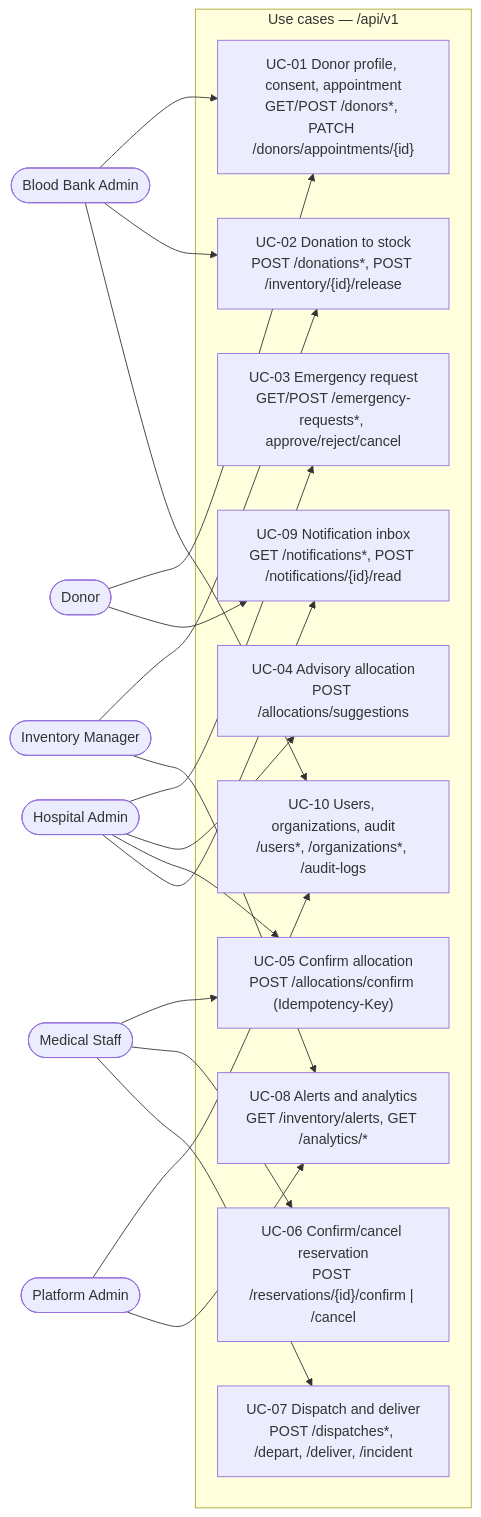
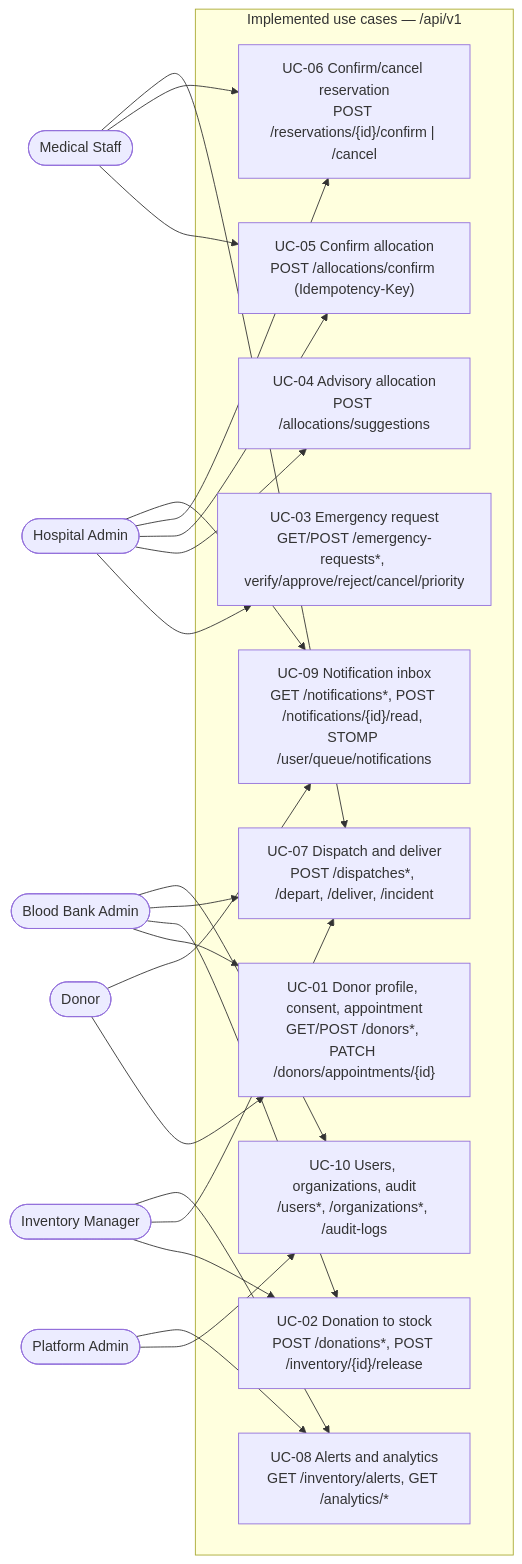
One commit to karkalashivareddy/Advanced-Object-Oriented-Programming-Project changed the first of 9 diagrams in project/docs/architecture/UML.md. Above: the diagram before and after it, drawn with Mermaid. The commit also changed other lines of this file and 25 other files, not shown here.

````diff
--- a/project/docs/architecture/UML.md
+++ b/project/docs/architecture/UML.md
@@ -9,39 +26,42 @@
 ```mermaid
 flowchart LR
     DONOR([Donor])
     BANK([Blood Bank Admin])
     INV([Inventory Manager])
     HOSP([Hospital Admin])
     MED([Medical Staff])
     ADM([Platform Admin])
 
-    subgraph UC["Use cases — /api/v1"]
+    subgraph UC["Implemented use cases — /api/v1"]
         UC1["UC-01 Donor profile, consent, appointment<br/>GET/POST /donors*, PATCH /donors/appointments/{id}"]
         UC2["UC-02 Donation to stock<br/>POST /donations*, POST /inventory/{id}/release"]
-        UC3["UC-03 Emergency request<br/>GET/POST /emergency-requests*, approve/reject/cancel"]
+        UC3["UC-03 Emergency request<br/>GET/POST /emergency-requests*, verify/approve/reject/cancel/priority"]
         UC4["UC-04 Advisory allocation<br/>POST /allocations/suggestions"]
         UC5["UC-05 Confirm allocation<br/>POST /allocations/confirm (Idempotency-Key)"]
         UC6["UC-06 Confirm/cancel reservation<br/>POST /reservations/{id}/confirm | /cancel"]
         UC7["UC-07 Dispatch and deliver<br/>POST /dispatches*, /depart, /deliver, /incident"]
         UC8["UC-08 Alerts and analytics<br/>GET /inventory/alerts, GET /analytics/*"]
-        UC9["UC-09 Notification inbox<br/>GET /notifications*, POST /notifications/{id}/read"]
+        UC9["UC-09 Notification inbox<br/>GET /notifications*, POST /notifications/{id}/read, STOMP /user/queue/notifications"]
         UC10["UC-10 Users, organizations, audit<br/>/users*, /organizations*, /audit-logs"]
     end
 
     DONOR --> UC1
     DONOR --> UC9
     BANK --> UC1
     BANK --> UC2
+    BANK --> UC7
     BANK --> UC10
     INV --> UC2
+    INV --> UC7
     INV --> UC8
     HOSP --> UC3
     HOSP --> UC4
     HOSP --> UC5
+    HOSP --> UC6
     HOSP --> UC9
     MED --> UC5
     MED --> UC6
     MED --> UC7
     ADM --> UC10
     ADM --> UC8
 ```
````
